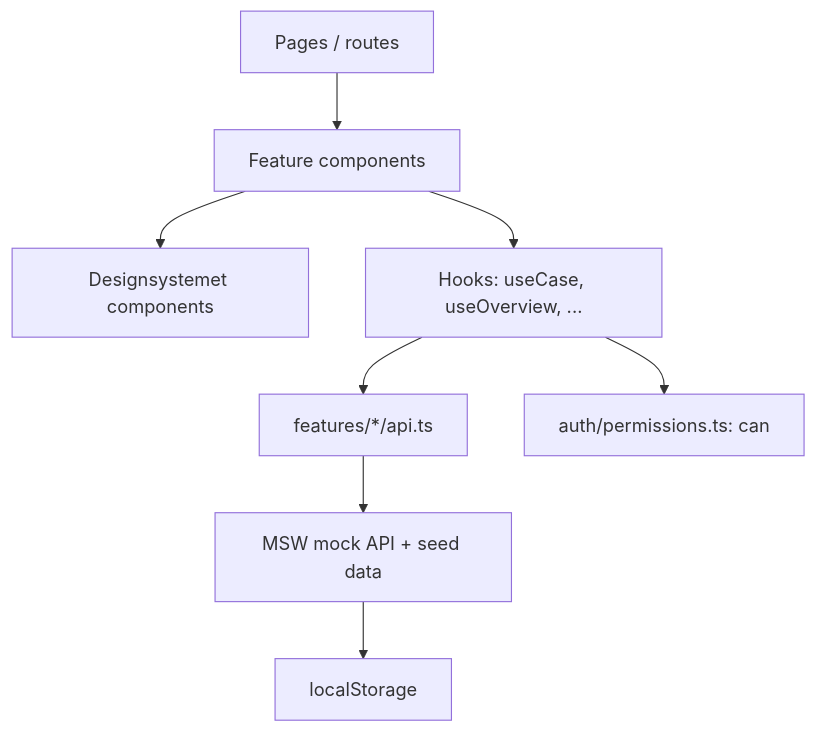
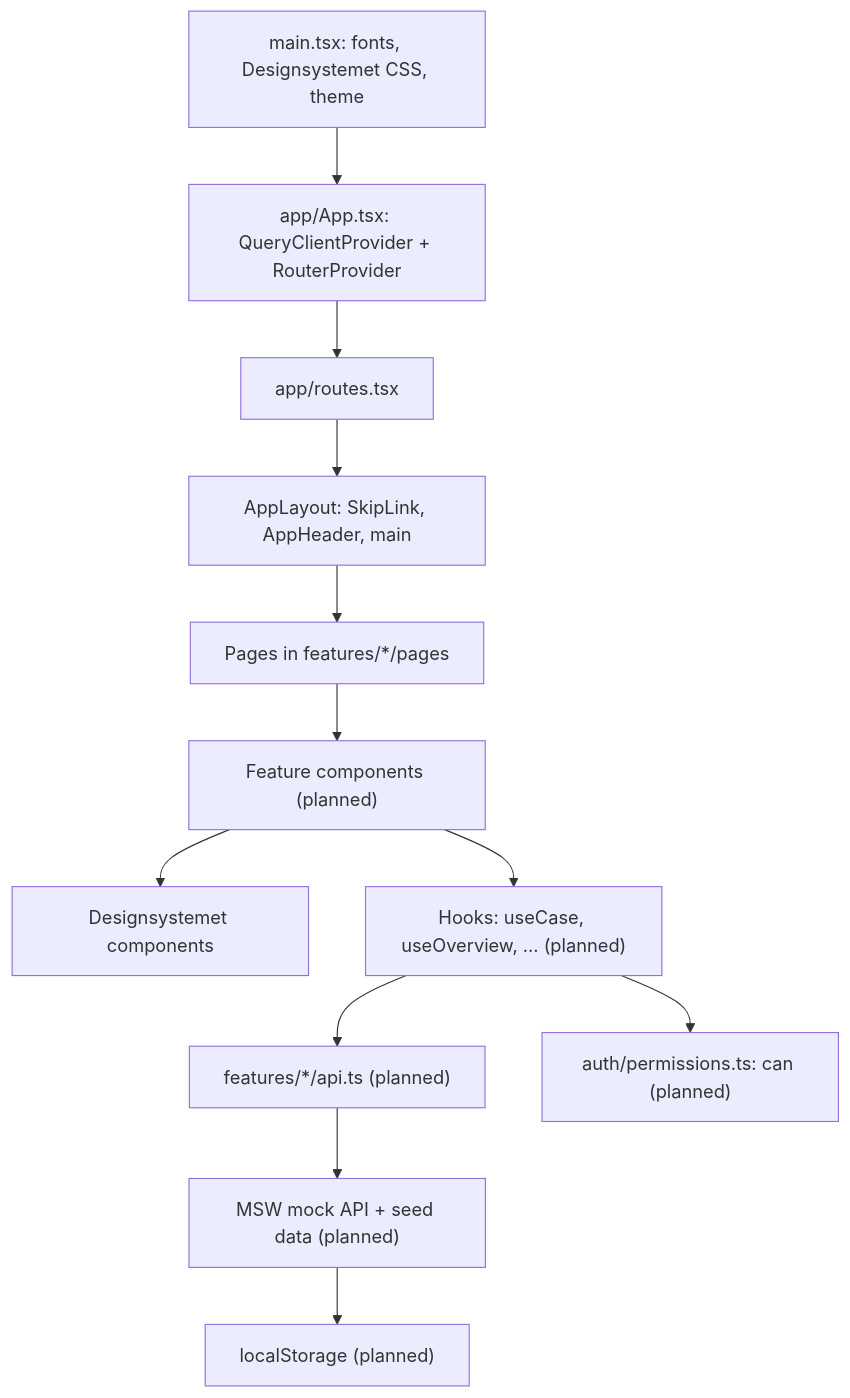
One commit to TLS97/tines-case-management-system changed the first of 2 diagrams in docs/architecture.md. Above: the diagram before and after it, drawn with Mermaid. The commit also changed other lines of this file and 33 other files, not shown here.

First line of the commit message:
feat(app): app shell with header, navigation, routes and error pages (T0.4) (#5)

````diff
--- a/docs/architecture.md
+++ b/docs/architecture.md
@@ -4,10 +6,14 @@
 ```mermaid
 flowchart TD
-  Pages[Pages / routes] --> Components[Feature components]
+  Main[main.tsx: fonts, Designsystemet CSS, theme] --> App[app/App.tsx: QueryClientProvider + RouterProvider]
+  App --> Routes[app/routes.tsx]
+  Routes --> Layout[AppLayout: SkipLink, AppHeader, main]
+  Layout --> Pages[Pages in features/*/pages]
+  Pages --> Components["Feature components (planned)"]
   Components --> DS[Designsystemet components]
-  Components --> Hooks[Hooks: useCase, useOverview, ...]
-  Hooks --> Api[features/*/api.ts]
-  Api --> Mock[MSW mock API + seed data]
-  Mock --> Store[localStorage]
-  Hooks --> Perm[auth/permissions.ts: can]
+  Components --> Hooks["Hooks: useCase, useOverview, ... (planned)"]
+  Hooks --> Api["features/*/api.ts (planned)"]
+  Api --> Mock["MSW mock API + seed data (planned)"]
+  Mock --> Store["localStorage (planned)"]
+  Hooks --> Perm["auth/permissions.ts: can (planned)"]
 ```
````
